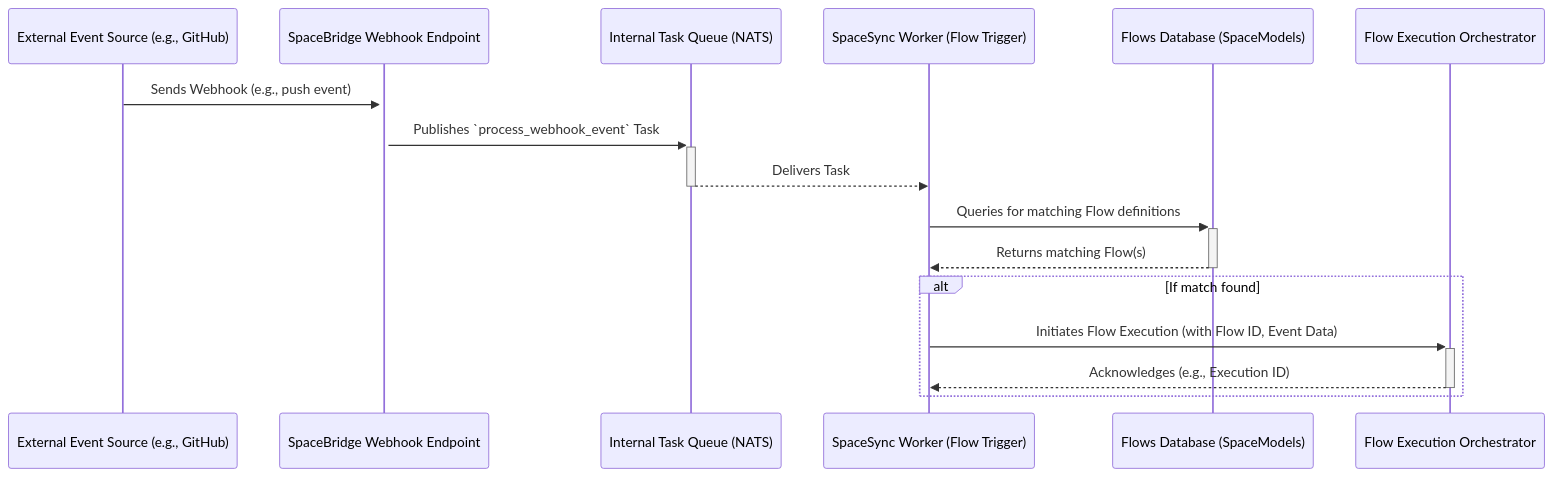
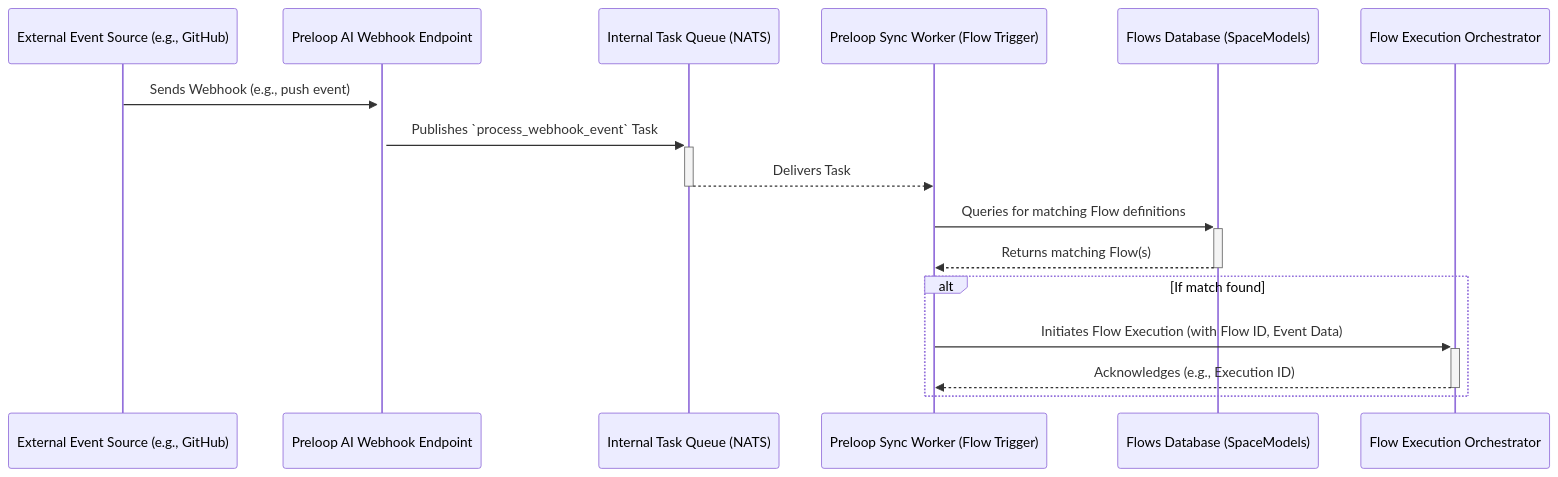
Before and after one commit to GiorgosAlexakis/preloop: the fifth of 9 diagrams in ARCHITECTURE.md, drawn with Mermaid. The commit also changed other lines of this file and 819 other files, not shown here.

````diff
--- a/ARCHITECTURE.md
+++ b/ARCHITECTURE.md
@@ -814,19 +813,19 @@
 ```mermaid
 sequenceDiagram
     participant ExtSrc as External Event Source (e.g., GitHub)
-    participant WebhookEP as SpaceBridge Webhook Endpoint
+    participant WebhookEP as Preloop AI Webhook Endpoint
     participant TaskQueue as Internal Task Queue (NATS)
-    participant Worker as SpaceSync Worker (Flow Trigger)
+    participant Worker as Preloop Sync Worker (Flow Trigger)
     participant FlowsDB as Flows Database (SpaceModels)
     participant FlowExecOrch as Flow Execution Orchestrator
 
     ExtSrc->>+WebhookEP: Sends Webhook (e.g., push event)
     WebhookEP->>+TaskQueue: Publishes `process_webhook_event` Task
     TaskQueue-->>-Worker: Delivers Task
     Worker->>+FlowsDB: Queries for matching Flow definitions
     FlowsDB-->>-Worker: Returns matching Flow(s)
     alt If match found
         Worker->>+FlowExecOrch: Initiates Flow Execution (with Flow ID, Event Data)
         FlowExecOrch-->>-Worker: Acknowledges (e.g., Execution ID)
     end
 ```
````
